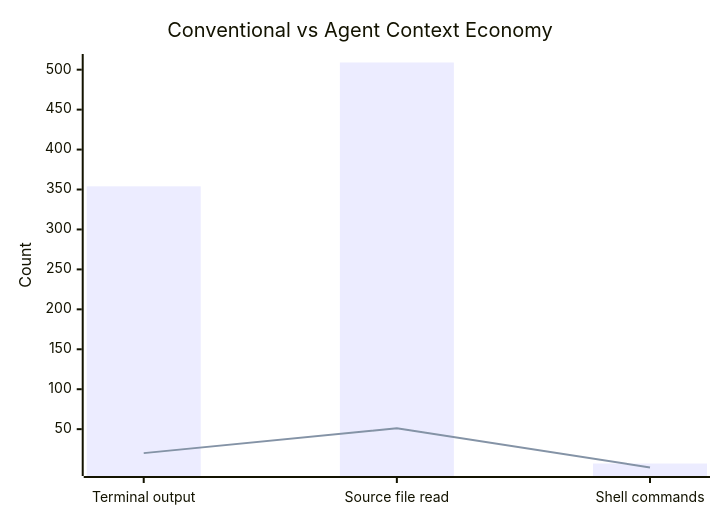
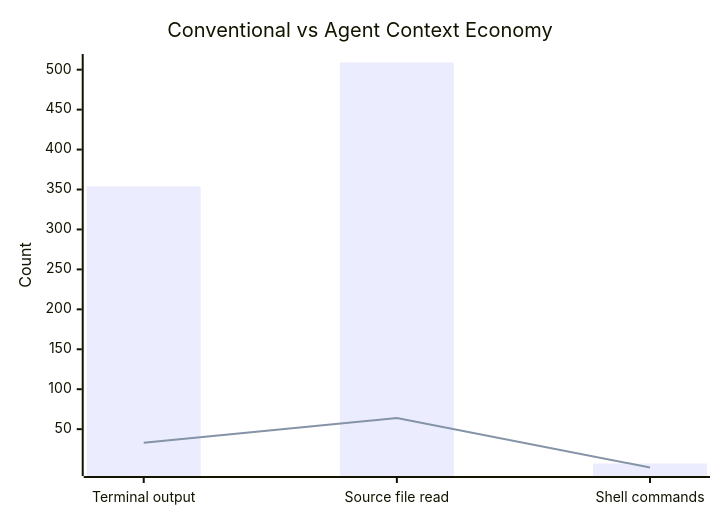
The second of 2 diagrams in benchmark-results/benchmark.md (grafikerdem/agent-context-economy), drawn with Mermaid before and after one commit. The commit also changed other lines of this file and 17 other files, not shown here.

````diff
--- a/benchmark-results/benchmark.md
+++ b/benchmark-results/benchmark.md
@@ -49,8 +49,8 @@
 ```mermaid
 xychart-beta
     title "Conventional vs Agent Context Economy"
     x-axis ["Terminal output", "Source file read", "Shell commands"]
     y-axis "Count"
     bar [354, 509, 7]
-    line [20, 51, 2]
+    line [33, 64, 2]
 ```
````
